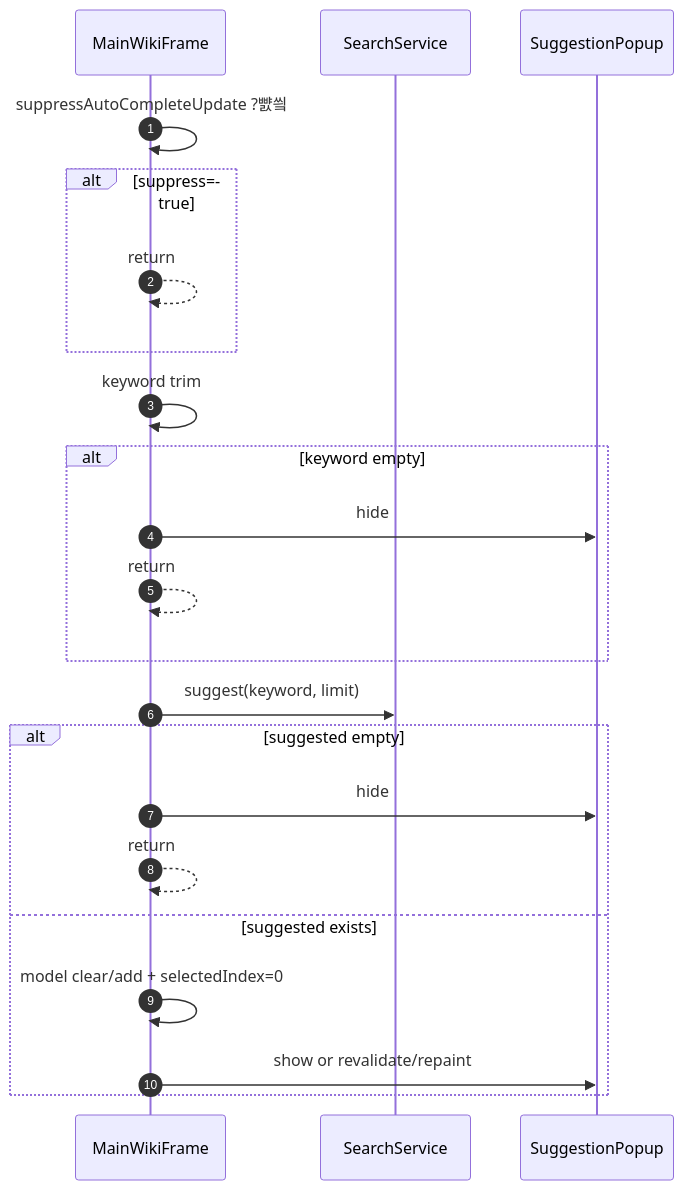
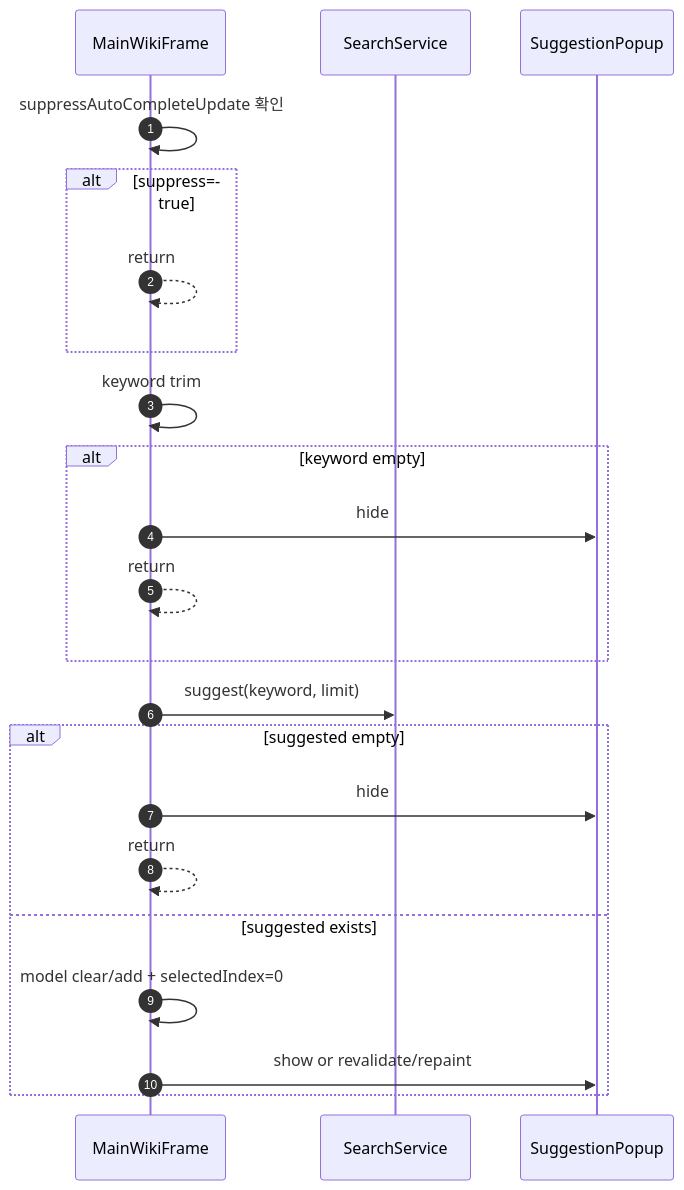
Before and after one commit to jegalhb/JAVA_WIKI_ONLINE: the sixth of 10 diagrams in src/Reproject/README.md, drawn with Mermaid. The commit also changed other lines of this file, not shown here.

````diff
--- a/src/Reproject/README.md
+++ b/src/Reproject/README.md
@@ -178,25 +178,25 @@
 ```mermaid
 sequenceDiagram
     autonumber
     participant MW as MainWikiFrame
     participant SS as SearchService
     participant P as SuggestionPopup
 
-    MW->>MW: suppressAutoCompleteUpdate ?뺤씤
+    MW->>MW: suppressAutoCompleteUpdate 확인
     alt suppress=true
         MW-->>MW: return
     end
     MW->>MW: keyword trim
     alt keyword empty
         MW->>P: hide
         MW-->>MW: return
     end
     MW->>SS: suggest(keyword, limit)
     alt suggested empty
         MW->>P: hide
         MW-->>MW: return
     else suggested exists
         MW->>MW: model clear/add + selectedIndex=0
         MW->>P: show or revalidate/repaint
     end
 ```
````
